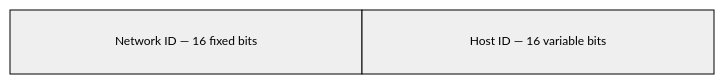
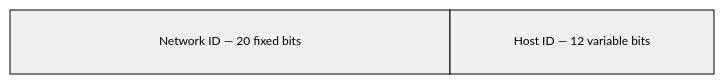
The second of 9 diagrams in docs/aws/networking.md (slinjhu/akashic), drawn with Mermaid before and after one commit. The commit also changed other lines of this file, not shown here.

````diff
--- a/docs/aws/networking.md
+++ b/docs/aws/networking.md
@@ -33,16 +33,16 @@
 ```mermaid
 ---
 config:
   themeCSS: |
     .packetBlock:nth-of-type(1) { fill: rgba(96, 165, 250, 0.22); }
     .packetBlock:nth-of-type(2) { fill: rgba(52, 211, 153, 0.22); }
   packet:
     showBits: false
     paddingX: 0
     bitWidth: 22
     rowHeight: 64
 ---
 packet
-0-15: "Network ID — 16 fixed bits"
-16-31: "Host ID — 16 variable bits"
+0-19: "Network ID — 20 fixed bits"
+20-31: "Host ID — 12 variable bits"
 ```
````
